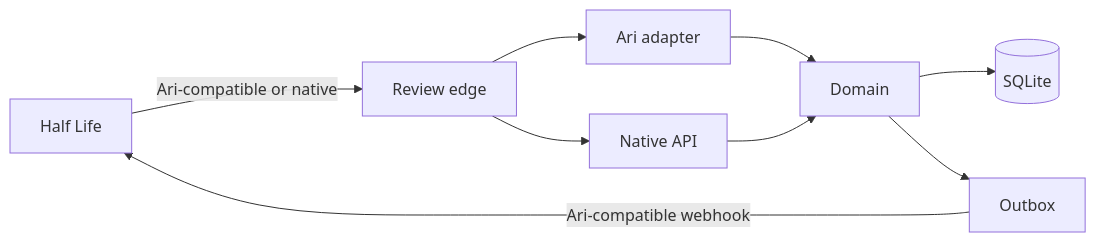
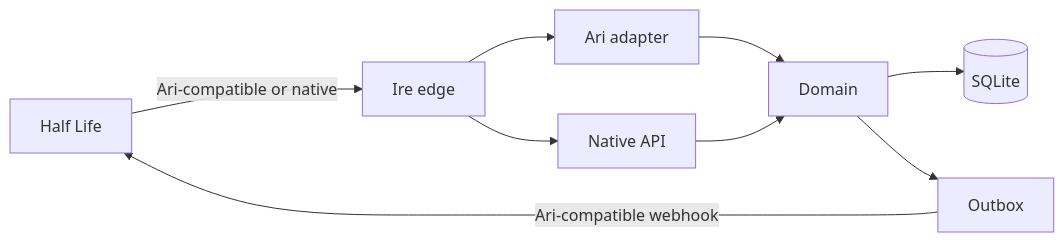
Before and after one commit to Heliodex/ire: the diagram in plan/06-integration.md, drawn with Mermaid. The commit also changed other lines of this file and 96 other files, not shown here.

Commit message:
Rename Review to Ire (interactive review environment)

````diff
--- a/plan/06-integration.md
+++ b/plan/06-integration.md
@@ -34,11 +34,11 @@
 ```mermaid
 flowchart LR
-    HL[Half Life] -->|Ari-compatible or native| Edge[Review edge]
+    HL[Half Life] -->|Ari-compatible or native| Edge[Ire edge]
     Edge --> Adapter[Ari adapter]
     Edge --> Native[Native API]
     Adapter --> Domain[Domain]
     Native --> Domain
     Domain --> DB[(SQLite)]
     Domain --> Outbox
     Outbox -->|Ari-compatible webhook| HL
 ```
````
